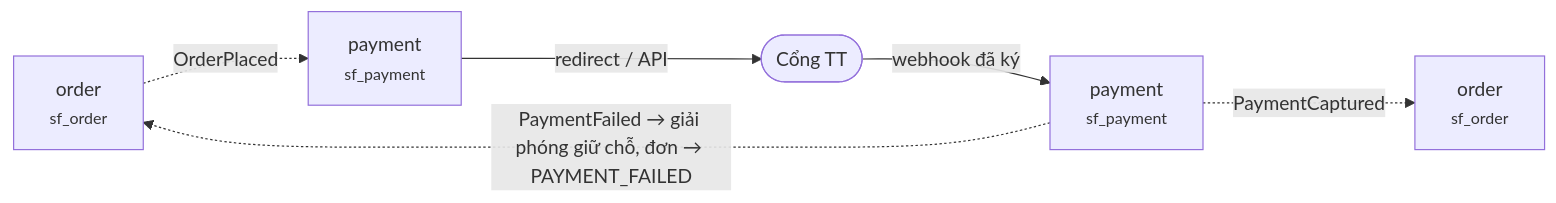
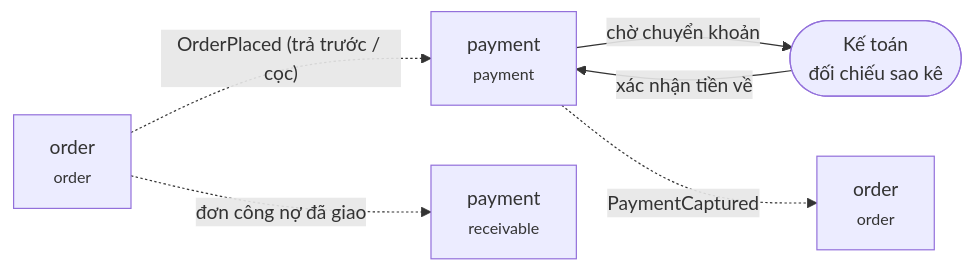
Before and after one commit to KLTN-FA26/be-backoffice-stockflow-commerce: the ninth of 28 diagrams in docs/business-design/04c-all-flows.md, drawn with Mermaid. The commit also changed other lines of this file and 14 other files, not shown here.

First line of the commit message:
docs: B2B-only scope, printed cups & packaging, production and subcontracting flows (SCRUM-421)

````diff
--- a/docs/business-design/04c-all-flows.md
+++ b/docs/business-design/04c-all-flows.md
@@ -352,13 +360,13 @@
 ```mermaid
 flowchart LR
-    N0["order<br><small>sf_order</small>"]
-    N1["payment<br><small>sf_payment</small>"]
-    N2(["Cổng TT"])
-    N3["payment<br><small>sf_payment</small>"]
-    N4["order<br><small>sf_order</small>"]
-    N0 -.->|"OrderPlaced"| N1
-    N1 -->|"redirect / API"| N2
-    N2 -->|"webhook đã ký"| N3
-    N3 -.->|"PaymentCaptured"| N4
-    N3 -.->|"PaymentFailed → giải phóng giữ chỗ, đơn → PAYMENT_FAILED"| N0
+    N0["order<br><small>order</small>"]
+    N1["payment<br><small>payment</small>"]
+    N2(["Kế toán<br>đối chiếu sao kê"])
+    N3["payment<br><small>receivable</small>"]
+    N4["order<br><small>order</small>"]
+    N0 -.->|"OrderPlaced (trả trước / cọc)"| N1
+    N1 -->|"chờ chuyển khoản"| N2
+    N2 -->|"xác nhận tiền về"| N1
+    N1 -.->|"PaymentCaptured"| N4
+    N0 -.->|"đơn công nợ đã giao"| N3
 ```
````
